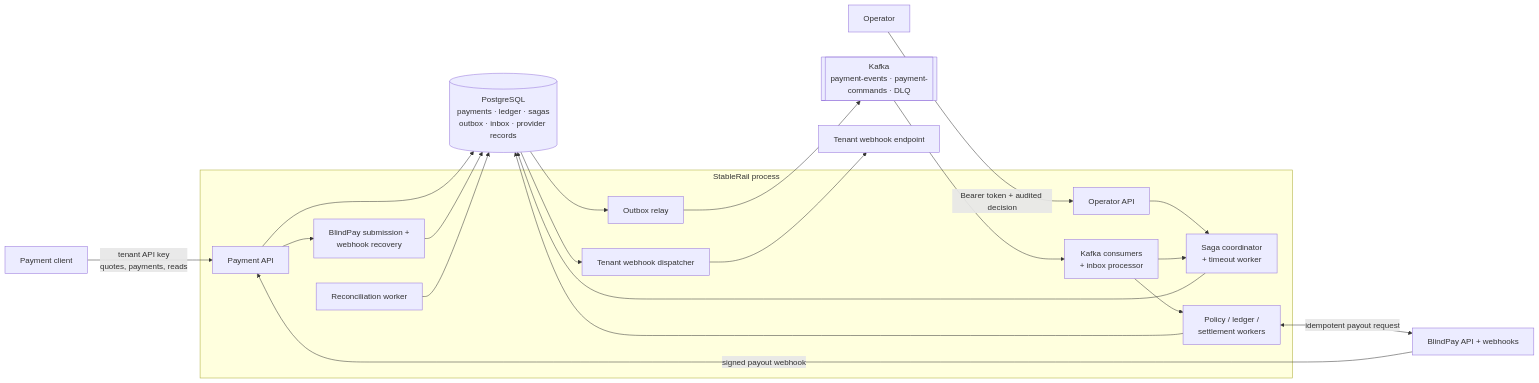
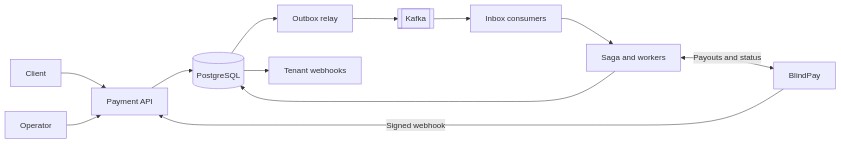
The first of 3 diagrams in README.md (lancechuangdev/StableRail), drawn with Mermaid before and after one commit. The commit also changed other lines of this file and 23 other files, not shown here.

````diff
--- a/README.md
+++ b/README.md
@@ -37,41 +20,14 @@
 ```mermaid
 flowchart LR
-    Client["Payment client"]
-    Operator["Operator"]
-    BlindPay["BlindPay API + webhooks"]
-    Tenant["Tenant webhook endpoint"]
-
-    subgraph StableRail["StableRail process"]
-        API["Payment API"]
-        OperatorAPI["Operator API"]
-        Saga["Saga coordinator<br/>+ timeout worker"]
-        Workers["Policy / ledger /<br/>settlement workers"]
-        OutboxRelay["Outbox relay"]
-        Consumers["Kafka consumers<br/>+ inbox processor"]
-        ProviderRecovery["BlindPay submission +<br/>webhook recovery"]
-        Reconciler["Reconciliation worker"]
-        Notifications["Tenant webhook dispatcher"]
-    end
-
-    DB[("PostgreSQL<br/>payments · ledger · sagas<br/>outbox · inbox · provider records")]
-    Kafka[["Kafka<br/>payment-events · payment-commands · DLQ"]]
-
-    Client -->|"tenant API key<br/>quotes, payments, reads"| API
-    Operator -->|"Bearer token + audited decision"| OperatorAPI
-    API --> DB
-    OperatorAPI --> Saga
+    Client[Client] --> API[Payment API]
+    Operator[Operator] --> API
+    API --> DB[(PostgreSQL)]
+    DB --> Relay[Outbox relay]
+    Relay --> Kafka[[Kafka]]
+    Kafka --> Consumers[Inbox consumers]
+    Consumers --> Saga[Saga and workers]
     Saga --> DB
-    Workers --> DB
-    Consumers --> Saga
-    Consumers --> Workers
-    DB --> OutboxRelay
-    OutboxRelay --> Kafka
-    Kafka --> Consumers
-    Workers <-->|"idempotent payout request"| BlindPay
-    BlindPay -->|"signed payout webhook"| API
-    API --> ProviderRecovery
-    ProviderRecovery --> DB
-    Reconciler --> DB
-    Notifications --> Tenant
-    DB --> Notifications
+    Saga <-->|Payouts and status| BlindPay[BlindPay]
+    BlindPay -->|Signed webhook| API
+    DB --> Webhooks[Tenant webhooks]
 ```
````
